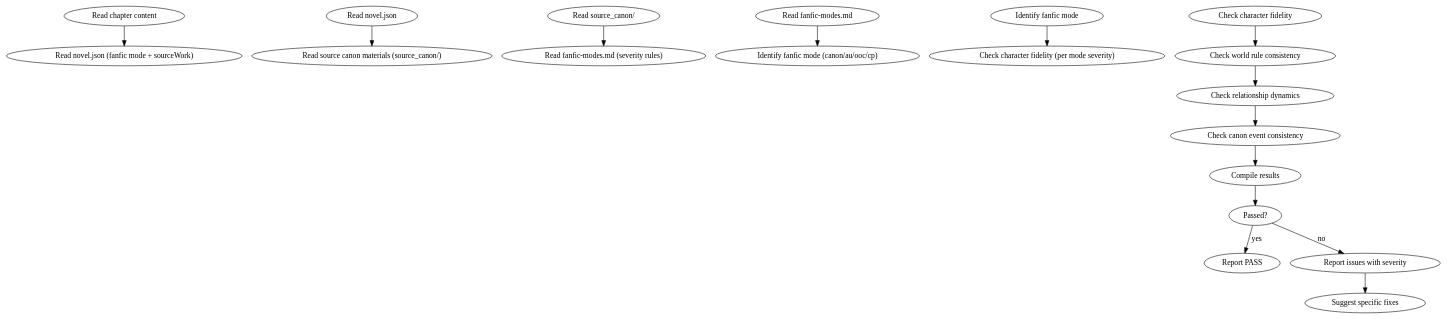
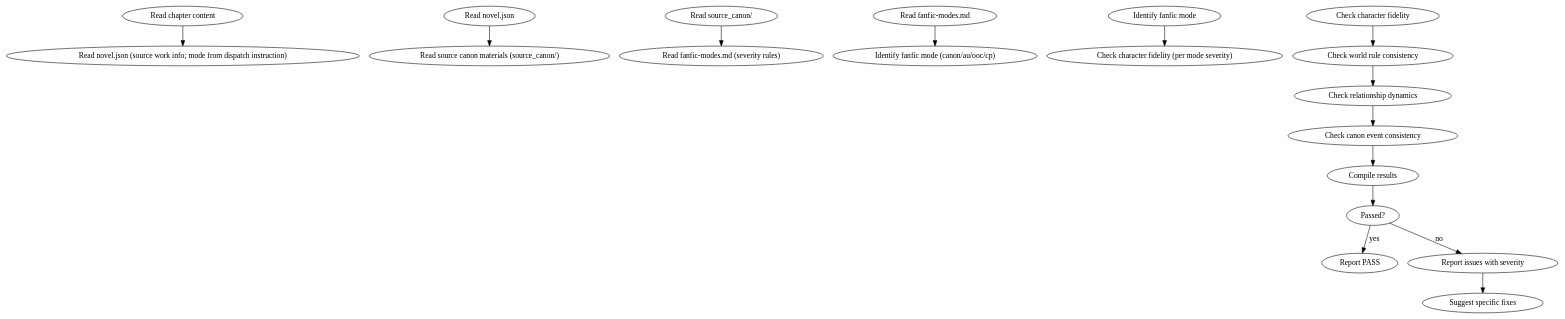
One commit to ThomasChangX/shenbi changed the diagram in skills/shenbi-review-fanfic/SKILL.md. Above: the diagram before and after it, drawn with Graphviz. The commit also changed other lines of this file and 67 other files, not shown here.

````diff
--- a/skills/shenbi-review-fanfic/SKILL.md
+++ b/skills/shenbi-review-fanfic/SKILL.md
@@ -45,17 +45,17 @@
 ```dot
 digraph review_fanfic {
-    "Read chapter content" -> "Read novel.json (fanfic mode + sourceWork)";
+    "Read chapter content" -> "Read novel.json (source work info; mode from dispatch instruction)";
     "Read novel.json" -> "Read source canon materials (source_canon/)";
     "Read source_canon/" -> "Read fanfic-modes.md (severity rules)";
     "Read fanfic-modes.md" -> "Identify fanfic mode (canon/au/ooc/cp)";
     "Identify fanfic mode" -> "Check character fidelity (per mode severity)";
     "Check character fidelity" -> "Check world rule consistency";
     "Check world rule consistency" -> "Check relationship dynamics";
     "Check relationship dynamics" -> "Check canon event consistency";
     "Check canon event consistency" -> "Compile results";
     "Compile results" -> "Passed?";
     "Passed?" -> "Report PASS" [label="yes"];
     "Passed?" -> "Report issues with severity" [label="no"];
     "Report issues with severity" -> "Suggest specific fixes";
 }
 ```
````
